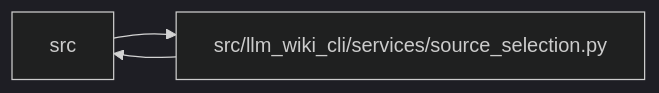
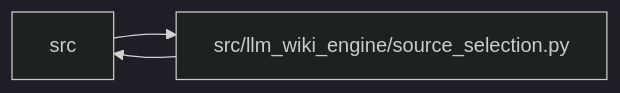
The diagram in docs/llm_wiki/modules/source_selection.md (Denissvgn/python-wiki-llm), drawn with Mermaid (dark theme) before and after one commit. The commit also changed other lines of this file and 739 other files, not shown here.

First line of the commit message:
docs: refresh the wiki for the second engine batch

````diff
--- a/docs/llm_wiki/modules/source_selection.md
+++ b/docs/llm_wiki/modules/source_selection.md
@@ -34,8 +34,8 @@
 ```mermaid
 flowchart LR
     n0["src"]
-    n1["src/llm_wiki_cli/services/source_selection.py"]
+    n1["src/llm_wiki_engine/source_selection.py"]
     n0 --> n1
     n1 --> n0
     click n1 "../modules/source_selection.md"
 ```
````
